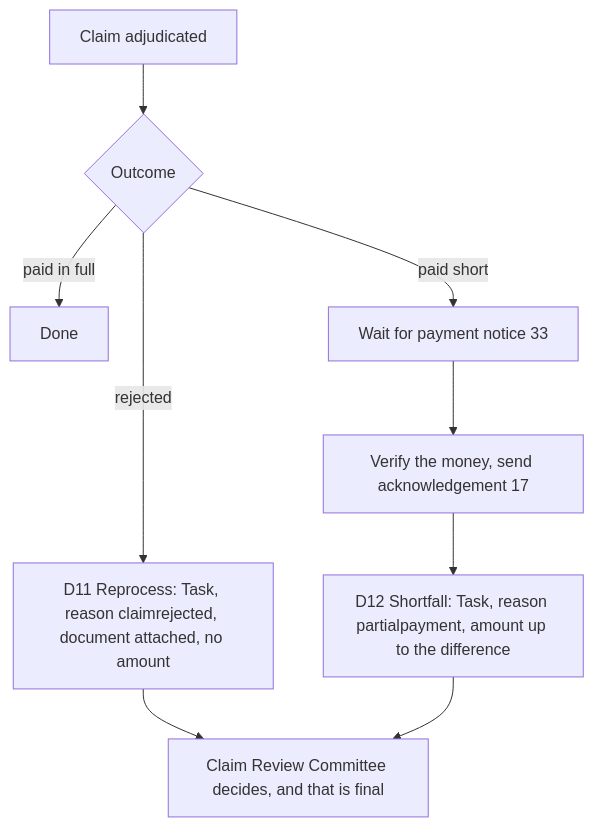
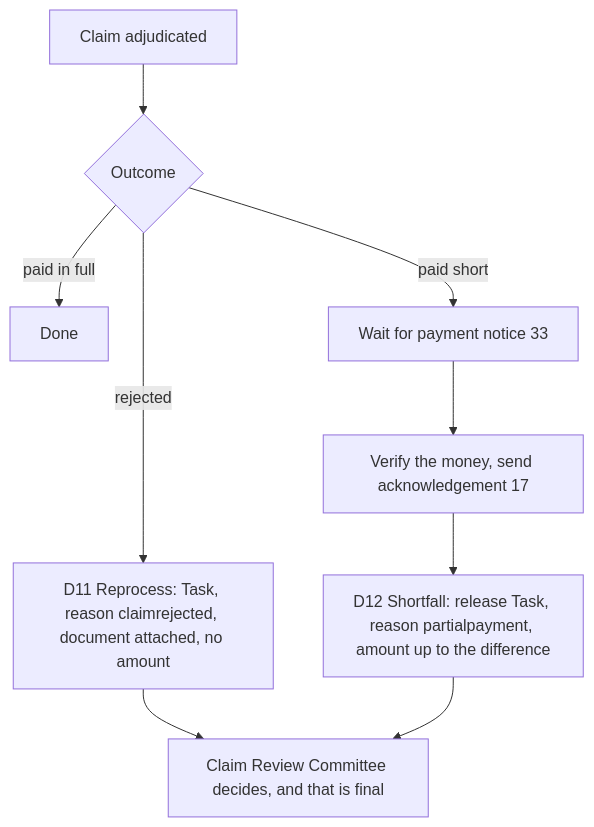
Before and after one commit to nha-in/nhcx-package: the fourth of 4 diagrams in docs/01-Overview/09-PMJAY Use Cases.md, drawn with Mermaid. The commit also changed other lines of this file and 2377 other files, not shown here.

````diff
--- a/docs/01-Overview/09-PMJAY Use Cases.md
+++ b/docs/01-Overview/09-PMJAY Use Cases.md
@@ -251,11 +251,11 @@
 ```mermaid
 flowchart TD
   A[Claim adjudicated] --> B{Outcome}
   B -- rejected --> C["D11 Reprocess: Task, reason claimrejected, document attached, no amount"]
   B -- paid in full --> D[Done]
   B -- paid short --> E[Wait for payment notice 33]
   E --> F[Verify the money, send acknowledgement 17]
-  F --> G["D12 Shortfall: Task, reason partialpayment, amount up to the difference"]
+  F --> G["D12 Shortfall: release Task, reason partialpayment, amount up to the difference"]
   C --> H[Claim Review Committee decides, and that is final]
   G --> H
 ```
````
